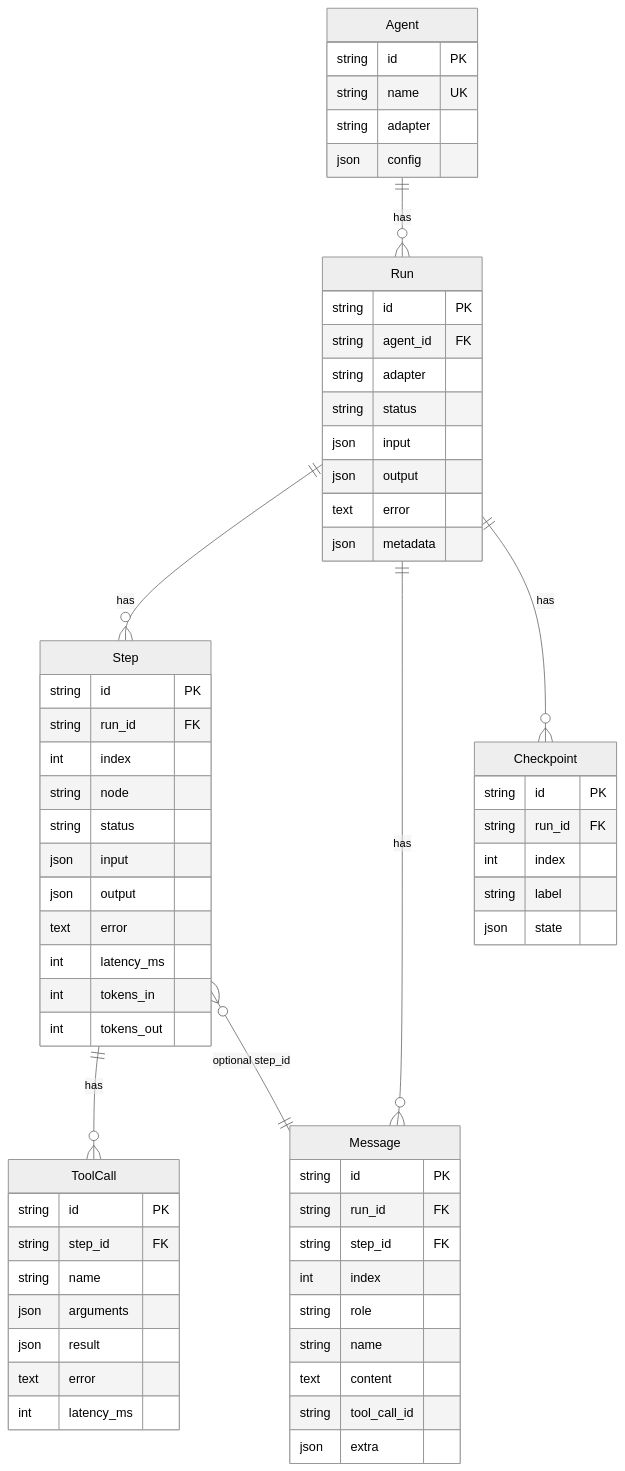
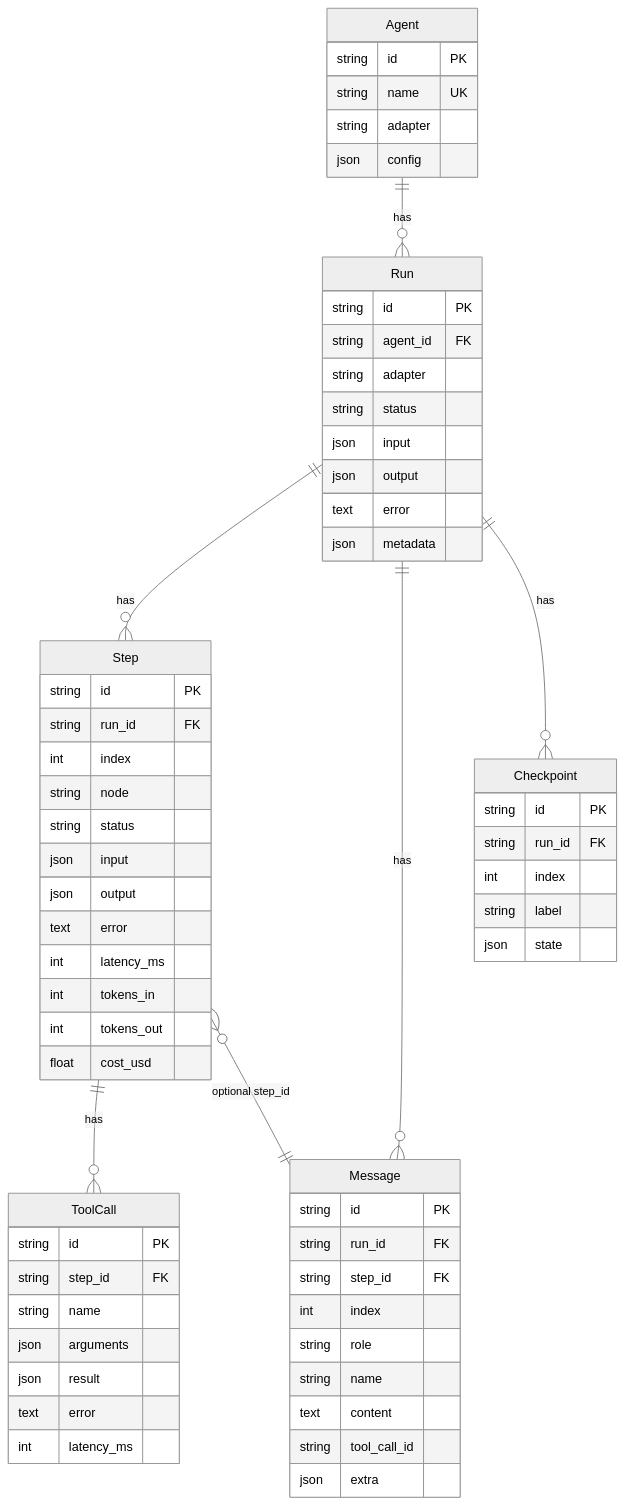
The first of 2 diagrams in docs/data-model.md (Emiyaaaaa/HiveMind), drawn with Mermaid (neutral theme) before and after one commit. The commit also changed 27 other files, not shown here.

````diff
--- a/docs/data-model.md
+++ b/docs/data-model.md
@@ -9,66 +9,67 @@
 ```mermaid
 erDiagram
     Agent ||--o{ Run : has
     Run ||--o{ Step : has
     Run ||--o{ Message : has
     Run ||--o{ Checkpoint : has
     Step ||--o{ ToolCall : has
     Step }o--|| Message : "optional step_id"
 
     Agent {
         string id PK
         string name UK
         string adapter
         json config
     }
     Run {
         string id PK
         string agent_id FK
         string adapter
         string status
         json input
         json output
         text error
         json metadata
     }
     Step {
         string id PK
         string run_id FK
         int index
         string node
         string status
         json input
         json output
         text error
         int latency_ms
         int tokens_in
         int tokens_out
+        float cost_usd
     }
     Message {
         string id PK
         string run_id FK
         string step_id FK
         int index
         string role
         string name
         text content
         string tool_call_id
         json extra
     }
     ToolCall {
         string id PK
         string step_id FK
         string name
         json arguments
         json result
         text error
         int latency_ms
     }
     Checkpoint {
         string id PK
         string run_id FK
         int index
         string label
         json state
     }
 ```
````
